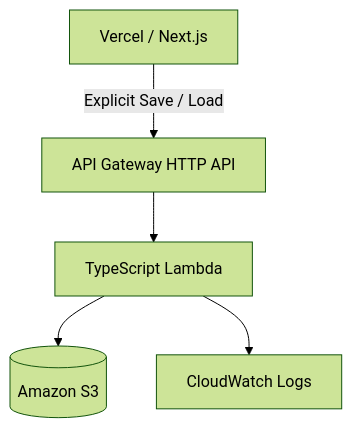
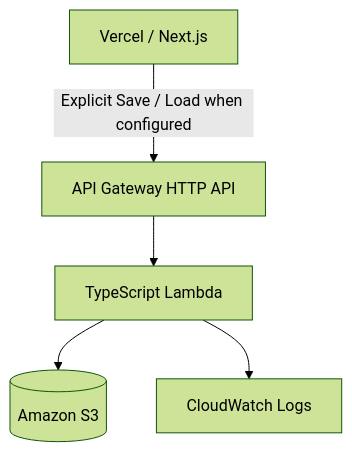
One commit to omaewamoushindei/llm-workflow-benchmark-lab changed the second of 2 diagrams in README.md. Above: the diagram before and after it, drawn with Mermaid (forest theme). The commit also changed other lines of this file and 3 other files, not shown here.

````diff
--- a/README.md
+++ b/README.md
@@ -60,8 +60,8 @@
 ```mermaid
 flowchart TD
   V[Vercel / Next.js]
-  V -->|Explicit Save / Load| A[API Gateway HTTP API]
+  V -->|Explicit Save / Load when configured| A[API Gateway HTTP API]
   A --> L[TypeScript Lambda]
   L --> S3[(Amazon S3)]
   L --> CW[CloudWatch Logs]
 ```
````
